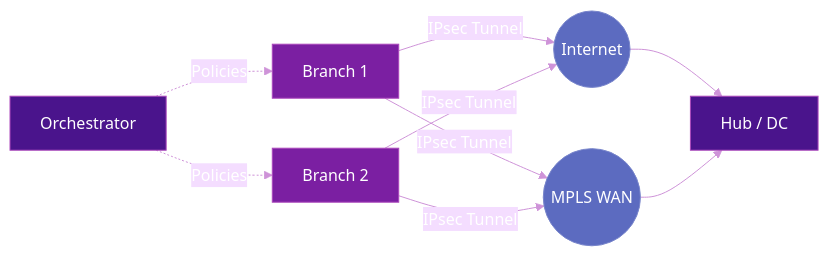
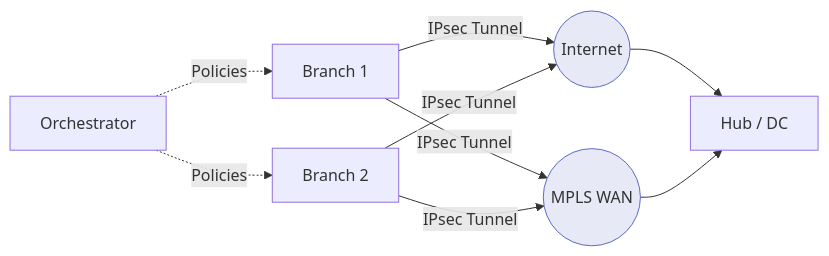
The first of 3 diagrams in docs/use-cases/sd-wan.md (eldaninavas/srv6.md), drawn with Mermaid before and after one commit. The commit also changed other lines of this file and 29 other files, not shown here.

First line of the commit message:
fix(mermaid): apply theme-aware colors site-wide

````diff
--- a/docs/use-cases/sd-wan.md
+++ b/docs/use-cases/sd-wan.md
@@ -20,19 +20,14 @@
 ```mermaid
-%%{init: {"theme": "base", "themeVariables": {"primaryTextColor": "#fff", "lineColor": "#ce93d8", "textColor": "#fff"}}}%%
 graph LR
     B1[Branch 1] -->|IPsec Tunnel| INET((Internet))
     B1 -->|IPsec Tunnel| MPLS((MPLS WAN))
     B2[Branch 2] -->|IPsec Tunnel| INET
     B2 -->|IPsec Tunnel| MPLS
     INET --> HUB[Hub / DC]
     MPLS --> HUB
     ORCH[Orchestrator] -.->|Policies| B1
     ORCH -.->|Policies| B2
 
-    style B1 fill:#7b1fa2,color:#fff,stroke:#ab47bc
-    style B2 fill:#7b1fa2,color:#fff,stroke:#ab47bc
-    style HUB fill:#4a148c,color:#fff,stroke:#ab47bc
-    style ORCH fill:#4a148c,color:#fff,stroke:#ab47bc
-    style INET fill:#5c6bc0,color:#fff,stroke:#7986cb
-    style MPLS fill:#5c6bc0,color:#fff,stroke:#7986cb
+    style INET fill:#5c6bc026,stroke:#5c6bc0
+    style MPLS fill:#5c6bc026,stroke:#5c6bc0
 ```
````
